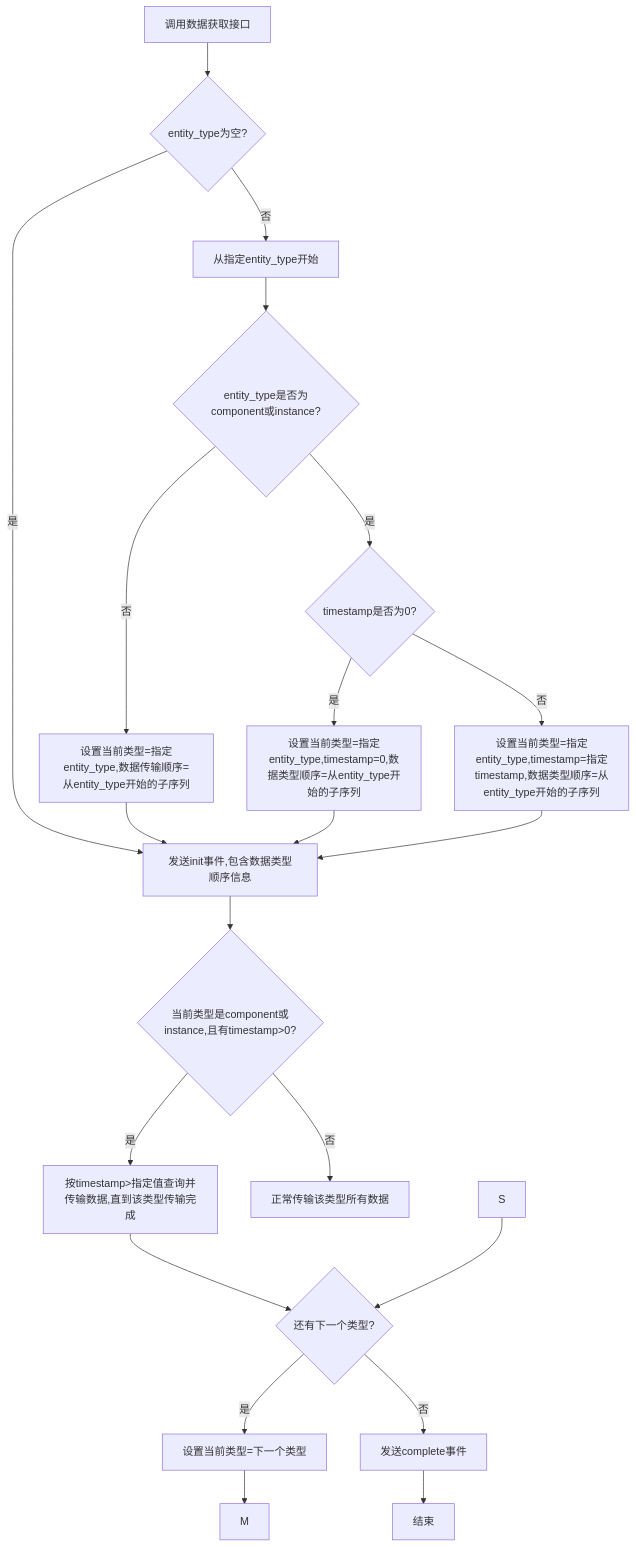
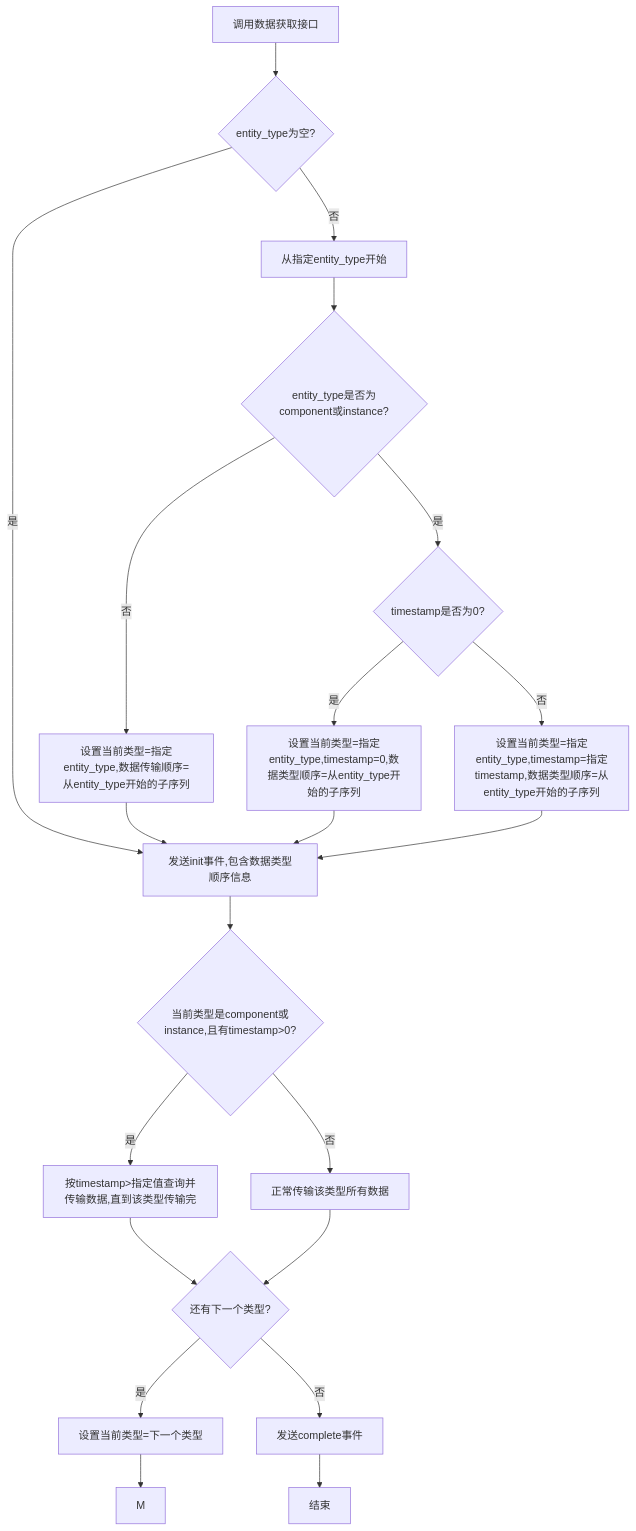
Before and after one commit to yingjianzh/iodraw-files: the diagram in all/未命名-59.md, drawn with Mermaid.

Commit message:
2025-05-14 15:43:58 update

````diff
--- a/all/未命名-59.md
+++ b/all/未命名-59.md
@@ -1,33 +1,33 @@
 ```mermaid
 flowchart TD
     A[调用数据获取接口] --> B{entity_type为空?}
 
     B -->|是| K[发送init事件,包含数据类型顺序信息]
     B -->|否| D[从指定entity_type开始]
     
     D --> F{entity_type是否为component或instance?}
     
     F -->|否| G[设置当前类型=指定entity_type,数据传输顺序=从entity_type开始的子序列]
     F -->|是| H{timestamp是否为0?}
     
     H -->|是| I[设置当前类型=指定entity_type,timestamp=0,数据类型顺序=从entity_type开始的子序列]
     H -->|否| J[设置当前类型=指定entity_type,timestamp=指定timestamp,数据类型顺序=从entity_type开始的子序列]
     
     G --> K
     I --> K
     J --> K
     
    
     K --> P{当前类型是component或instance,且有timestamp>0?}
-    P -->|是| Q[按timestamp>指定值查询并传输数据,直到该类型传输完成]
+    P -->|是| Q[按timestamp>指定值查询并传输数据,直到该类型传输完]
     P -->|否| R[正常传输该类型所有数据]
     
     Q --> T{还有下一个类型?}
-    S --> T
+    R --> T
     
     T -->|是| U[设置当前类型=下一个类型]
     T -->|否| V[发送complete事件]
     
     U --> M
     V --> W[结束]
 ```
````
